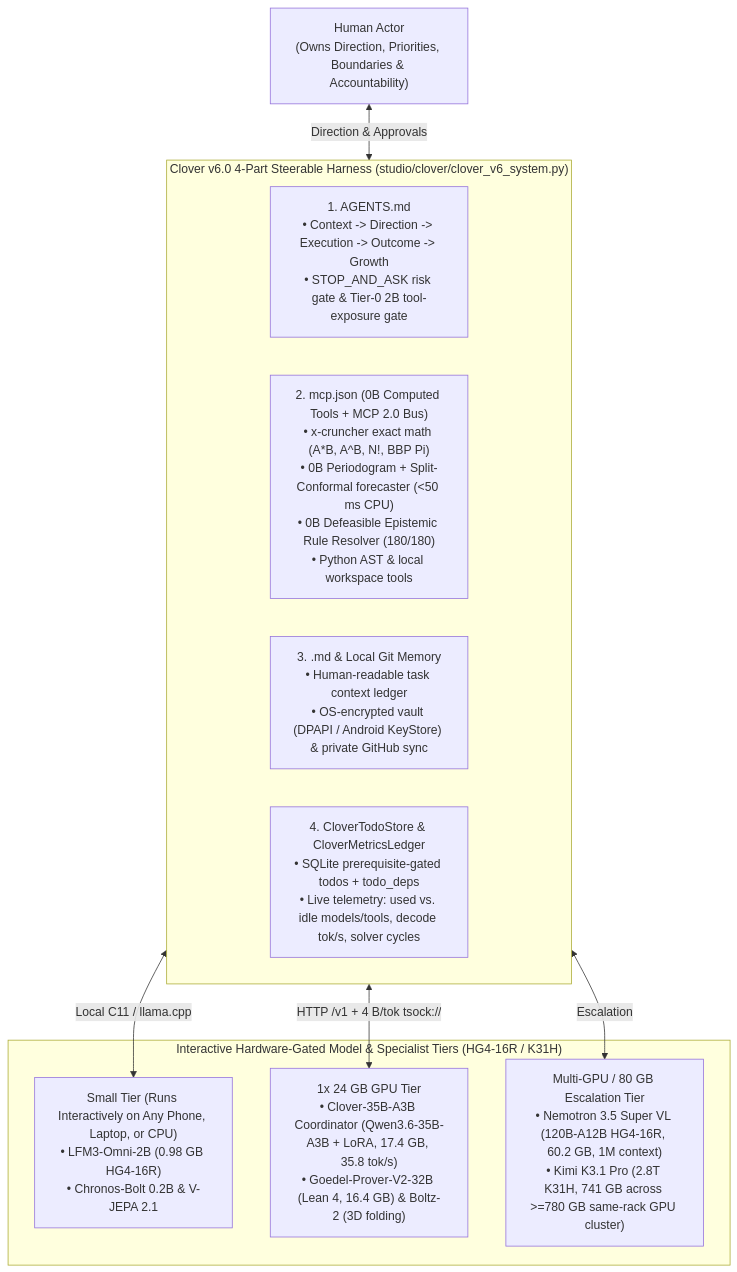
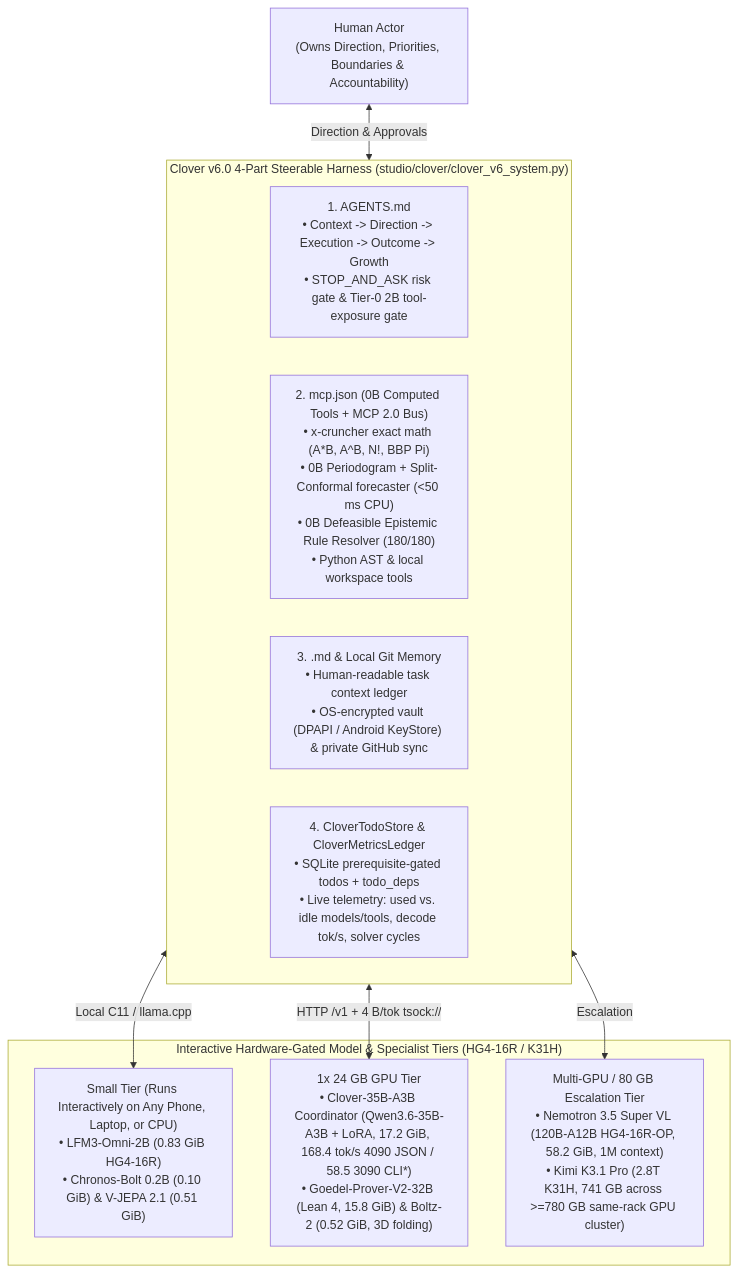
Before and after one commit to santhoshsathish94/clover-framework: the diagram in clover-ai-system/CLOVER_FRAMEWORK_ARCHITECTURE.md, drawn with Mermaid. The commit also changed 72 other files, not shown here.

````diff
--- a/clover-ai-system/CLOVER_FRAMEWORK_ARCHITECTURE.md
+++ b/clover-ai-system/CLOVER_FRAMEWORK_ARCHITECTURE.md
@@ -12,22 +12,22 @@
 ```mermaid
 flowchart TB
     H["Human Actor\n(Owns Direction, Priorities, Boundaries & Accountability)"]
 
     subgraph Harness["Clover v6.0 4-Part Steerable Harness (studio/clover/clover_v6_system.py)"]
         P1["1. AGENTS.md\n• Context -> Direction -> Execution -> Outcome -> Growth\n• STOP_AND_ASK risk gate & Tier-0 2B tool-exposure gate"]
         P2["2. mcp.json (0B Computed Tools + MCP 2.0 Bus)\n• x-cruncher exact math (A*B, A^B, N!, BBP Pi)\n• 0B Periodogram + Split-Conformal forecaster (<50 ms CPU)\n• 0B Defeasible Epistemic Rule Resolver (180/180)\n• Python AST & local workspace tools"]
         P3["3. <task_id>.md & Local Git Memory\n• Human-readable task context ledger\n• OS-encrypted vault (DPAPI / Android KeyStore) & private GitHub sync"]
         P4["4. CloverTodoStore & CloverMetricsLedger\n• SQLite prerequisite-gated todos + todo_deps\n• Live telemetry: used vs. idle models/tools, decode tok/s, solver cycles"]
     end
 
     subgraph Fleet["Interactive Hardware-Gated Model & Specialist Tiers (HG4-16R / K31H)"]
-        S_ANY["Small Tier (Runs Interactively on Any Phone, Laptop, or CPU)\n• LFM3-Omni-2B (0.98 GB HG4-16R)\n• Chronos-Bolt 0.2B & V-JEPA 2.1"]
-        S_24["1x 24 GB GPU Tier\n• Clover-35B-A3B Coordinator (Qwen3.6-35B-A3B + LoRA, 17.4 GB, 35.8 tok/s)\n• Goedel-Prover-V2-32B (Lean 4, 16.4 GB) & Boltz-2 (3D folding)"]
-        S_72["Multi-GPU / 80 GB Escalation Tier\n• Nemotron 3.5 Super VL (120B-A12B HG4-16R, 60.2 GB, 1M context)\n• Kimi K3.1 Pro (2.8T K31H, 741 GB across >=780 GB same-rack GPU cluster)"]
+        S_ANY["Small Tier (Runs Interactively on Any Phone, Laptop, or CPU)\n• LFM3-Omni-2B (0.83 GiB HG4-16R)\n• Chronos-Bolt 0.2B (0.10 GiB) & V-JEPA 2.1 (0.51 GiB)"]
+        S_24["1x 24 GB GPU Tier\n• Clover-35B-A3B Coordinator (Qwen3.6-35B-A3B + LoRA, 17.2 GiB, 168.4 tok/s 4090 JSON / 58.5 3090 CLI*)\n• Goedel-Prover-V2-32B (Lean 4, 15.8 GiB) & Boltz-2 (0.52 GiB, 3D folding)"]
+        S_72["Multi-GPU / 80 GB Escalation Tier\n• Nemotron 3.5 Super VL (120B-A12B HG4-16R-OP, 58.2 GiB, 1M context)\n• Kimi K3.1 Pro (2.8T K31H, 741 GB across >=780 GB same-rack GPU cluster)"]
     end
 
     H <-->|"Direction & Approvals"| Harness
     Harness <-->|"Local C11 / llama.cpp"| S_ANY
     Harness <-->|"HTTP /v1 + 4 B/tok tsock://"| S_24
     Harness <-->|"Escalation"| S_72
 ```
````
